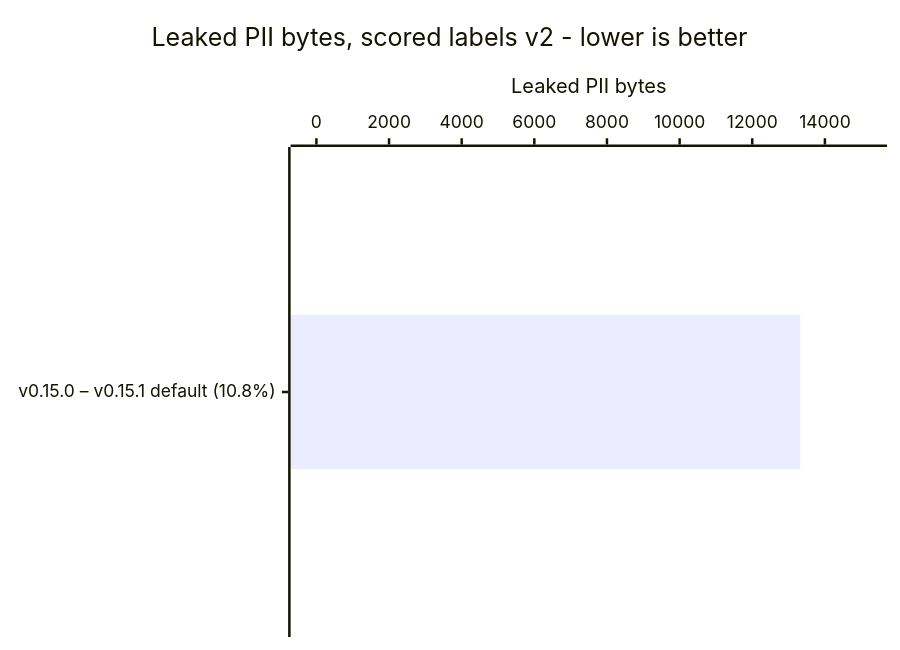
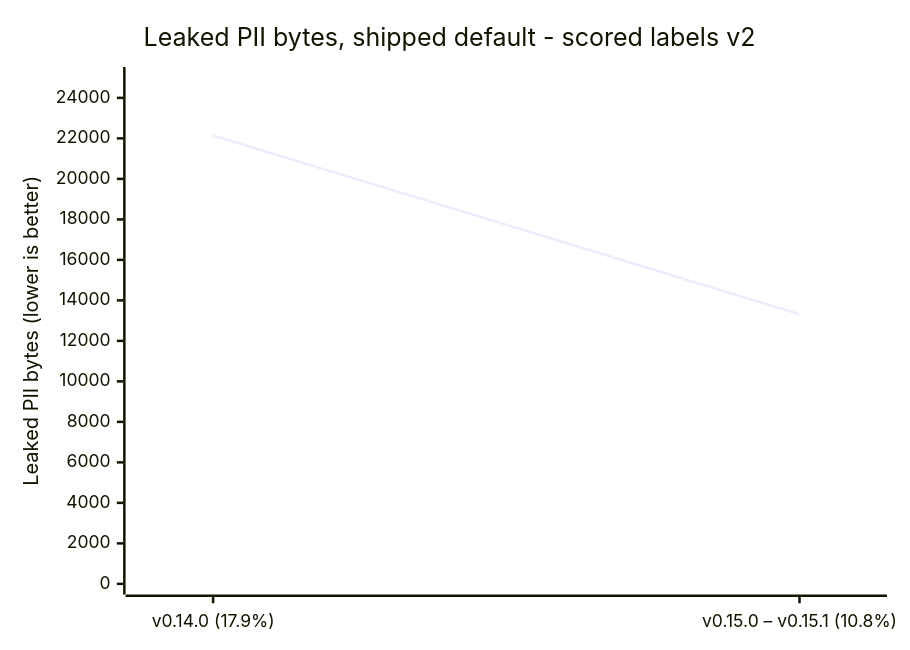
The second of 6 diagrams in docs/reference/benchmarks/README.md (CertaMesh/gaze), drawn with Mermaid before and after one commit. The commit also changed other lines of this file and 6 other files, not shown here.

First line of the commit message:
Measure v0.14.0 under scored labels v2 with its own binary

````diff
--- a/docs/reference/benchmarks/README.md
+++ b/docs/reference/benchmarks/README.md
@@ -356,7 +366,7 @@
 ```mermaid
-xychart-beta horizontal
-    title "Leaked PII bytes, scored labels v2 - lower is better"
-    x-axis ["v0.15.0 – v0.15.1 default (10.8%)"]
-    y-axis "Leaked PII bytes" 0 --> 15000
-    bar [13319]
+xychart-beta
+    title "Leaked PII bytes, shipped default - scored labels v2"
+    x-axis ["v0.14.0 (17.9%)", "v0.15.0 – v0.15.1 (10.8%)"]
+    y-axis "Leaked PII bytes (lower is better)" 0 --> 25000
+    line [22144, 13319]
 ```
````
